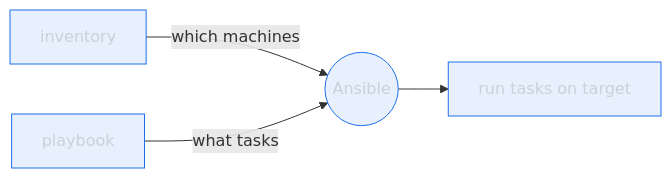
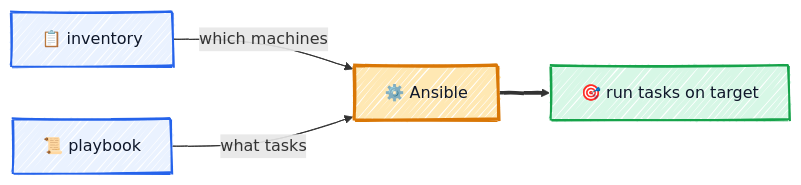
One commit to r97221004/ansible-tutorial changed the second of 2 diagrams in README.md. Above: the diagram before and after it, drawn with Mermaid. The commit also changed other lines of this file and 1 other file, not shown here.

First line of the commit message:
docs: unify architecture diagrams with hand-drawn style

````diff
--- a/README.md
+++ b/README.md
@@ -207,9 +220,20 @@
 ```mermaid
+---
+config:
+  look: handDrawn
+  theme: default
+  themeVariables:
+    fontFamily: '"Comic Sans MS", "Comic Sans", "Segoe Print", "Bradley Hand", cursive'
+---
 flowchart LR
-    inv["inventory"] -- "which machines" --> ans(("Ansible"))
-    pb["playbook"] -- "what tasks" --> ans
-    ans --> run["run tasks on target"]
+    inv["📋 inventory"] -- "which machines" --> ans["⚙️ Ansible"]
+    pb["📜 playbook"] -- "what tasks" --> ans
+    ans ==> run["🎯 run tasks on target"]
 
-    classDef node fill:#1f6feb1a,stroke:#1f6feb,stroke-width:1px,color:#c9d1d9;
-    class inv,pb,ans,run node;
+    classDef ctrl fill:#EAF2FF,stroke:#2563EB,stroke-width:2px,color:#0F172A;
+    classDef eng fill:#FFE8B3,stroke:#D97706,stroke-width:3px,color:#0F172A;
+    classDef tgt fill:#D7F7E6,stroke:#16A34A,stroke-width:2px,color:#0F172A;
+    class inv,pb ctrl;
+    class ans eng;
+    class run tgt;
 ```
````
